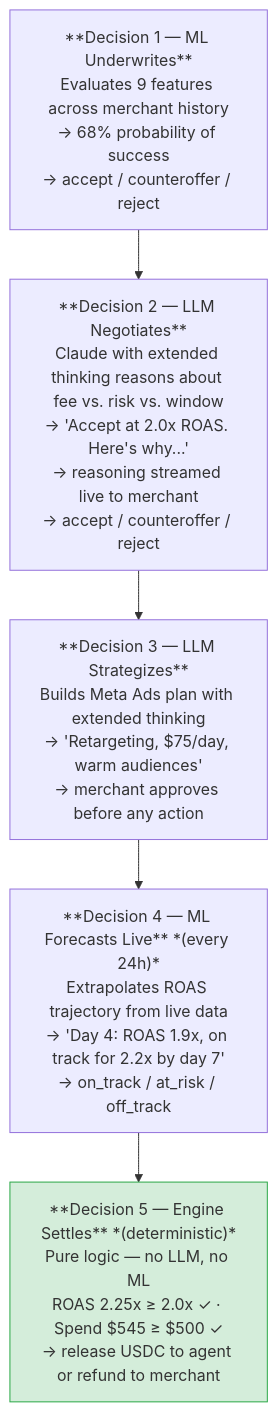
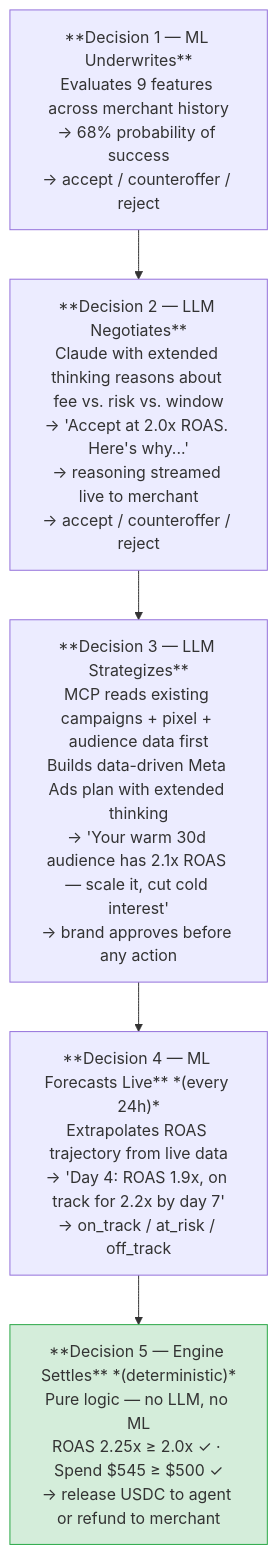
One commit to SankaiAI/Bidtopus changed the third of 6 diagrams in pitch/02_system_diagram.md. Above: the diagram before and after it, drawn with Mermaid. The commit also changed other lines of this file and 5 other files, not shown here.

````diff
--- a/pitch/02_system_diagram.md
+++ b/pitch/02_system_diagram.md
@@ -80,16 +82,16 @@
 ```mermaid
 flowchart TD
     D1["**Decision 1 — ML Underwrites**\nEvaluates 9 features across merchant history\n→ 68% probability of success\n→ accept / counteroffer / reject"]
 
     D2["**Decision 2 — LLM Negotiates**\nClaude with extended thinking reasons about fee vs. risk vs. window\n→ 'Accept at 2.0x ROAS. Here's why...'\n→ reasoning streamed live to merchant\n→ accept / counteroffer / reject"]
 
-    D3["**Decision 3 — LLM Strategizes**\nBuilds Meta Ads plan with extended thinking\n→ 'Retargeting, $75/day, warm audiences'\n→ merchant approves before any action"]
+    D3["**Decision 3 — LLM Strategizes**\nMCP reads existing campaigns + pixel + audience data first\nBuilds data-driven Meta Ads plan with extended thinking\n→ 'Your warm 30d audience has 2.1x ROAS — scale it, cut cold interest'\n→ brand approves before any action"]
 
     D4["**Decision 4 — ML Forecasts Live** *(every 24h)*\nExtrapolates ROAS trajectory from live data\n→ 'Day 4: ROAS 1.9x, on track for 2.2x by day 7'\n→ on_track / at_risk / off_track"]
 
     D5["**Decision 5 — Engine Settles** *(deterministic)*\nPure logic — no LLM, no ML\nROAS 2.25x ≥ 2.0x ✓ · Spend $545 ≥ $500 ✓\n→ release USDC to agent or refund to merchant"]
 
     D1 --> D2 --> D3 --> D4 --> D5
 
     style D5 fill:#d4edda,stroke:#28a745
 ```
````
